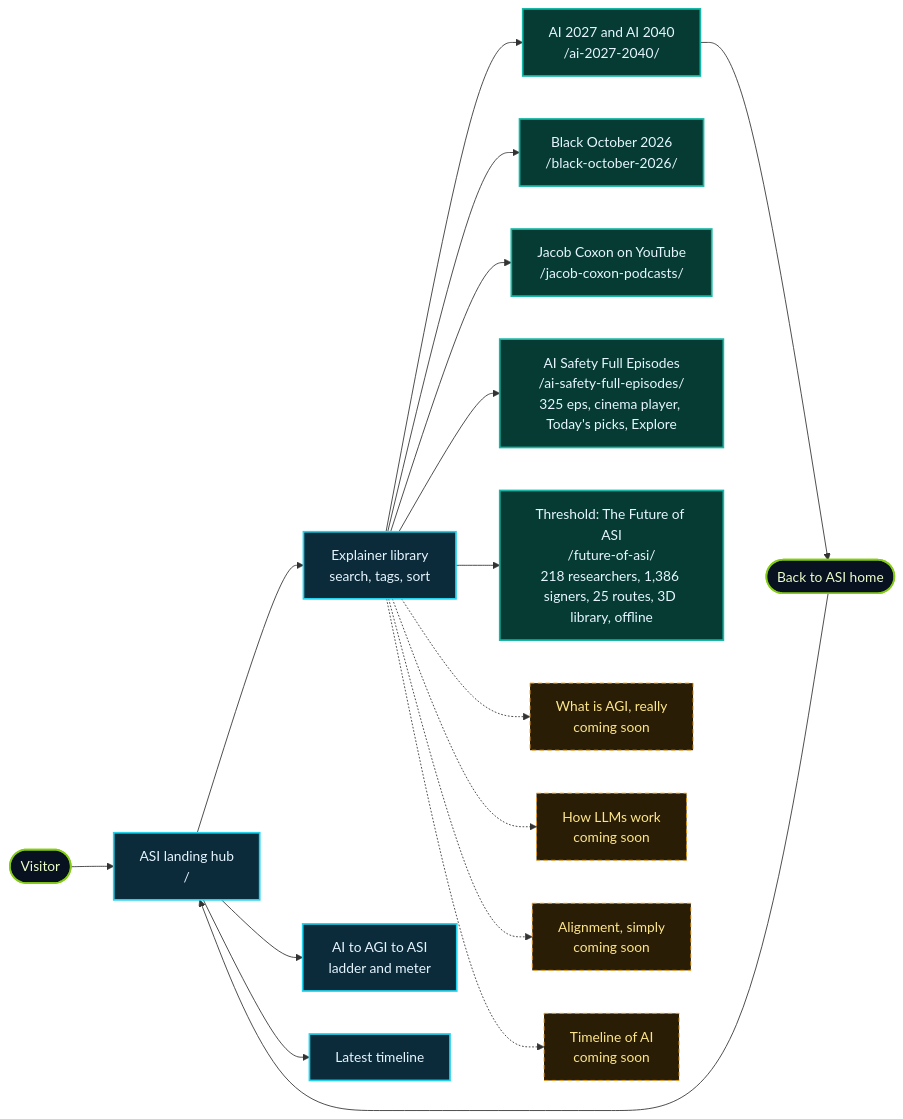
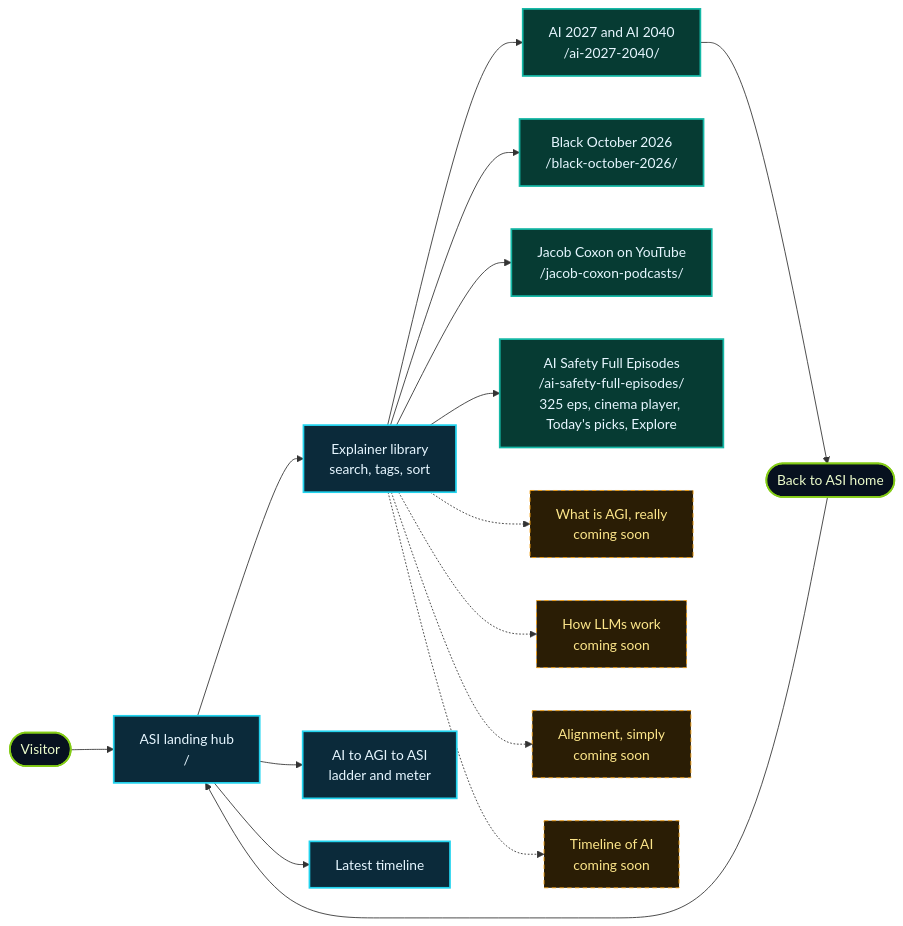
One commit to lo3elyon/ASI changed the first of 12 diagrams in README.md. Above: the diagram before and after it, drawn with Mermaid. The commit also changed other lines of this file, not shown here.

````diff
--- a/README.md
+++ b/README.md
@@ -71,26 +70,25 @@
 ```mermaid
 flowchart LR
     V(["Visitor"]) --> H["ASI landing hub<br/>/"]
     H --> L["Explainer library<br/>search, tags, sort"]
     H --> G["AI to AGI to ASI<br/>ladder and meter"]
     H --> T["Latest timeline"]
     L --> E1["AI 2027 and AI 2040<br/>/ai-2027-2040/"]
     L --> E6["Black October 2026<br/>/black-october-2026/"]
     L --> E7["Jacob Coxon on YouTube<br/>/jacob-coxon-podcasts/"]
     L --> E8["AI Safety Full Episodes<br/>/ai-safety-full-episodes/<br/>325 eps, cinema player, Today's picks, Explore"]
-    L --> E9["Threshold: The Future of ASI<br/>/future-of-asi/<br/>218 researchers, 1,386 signers, 25 routes, 3D library, offline"]
     L -.-> E2["What is AGI, really<br/>coming soon"]
     L -.-> E3["How LLMs work<br/>coming soon"]
     L -.-> E4["Alignment, simply<br/>coming soon"]
     L -.-> E5["Timeline of AI<br/>coming soon"]
     E1 --> B(["Back to ASI home"])
     B --> H
     classDef hub fill:#0b2a3a,stroke:#22d3ee,stroke-width:2px,color:#e6f6ff
     classDef live fill:#063b33,stroke:#14b8a6,stroke-width:2px,color:#e6f6ff
     classDef soon fill:#2a1d05,stroke:#f59e0b,stroke-dasharray:5 4,color:#fde68a
     classDef user fill:#07111f,stroke:#84cc16,stroke-width:2px,color:#ecfccb
     class H,L,G,T hub
-    class E1,E6,E7,E8,E9 live
+    class E1,E6,E7,E8 live
     class E2,E3,E4,E5 soon
     class V,B user
 ```
````
